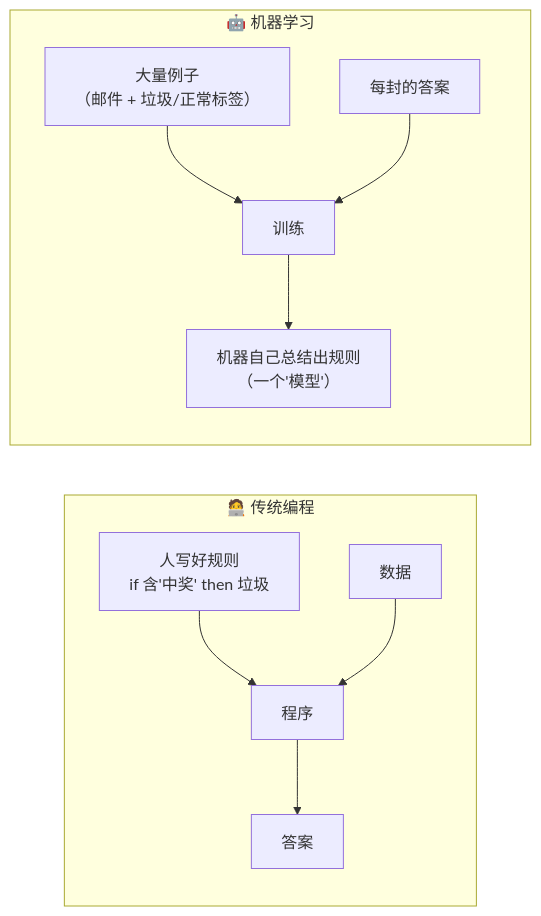
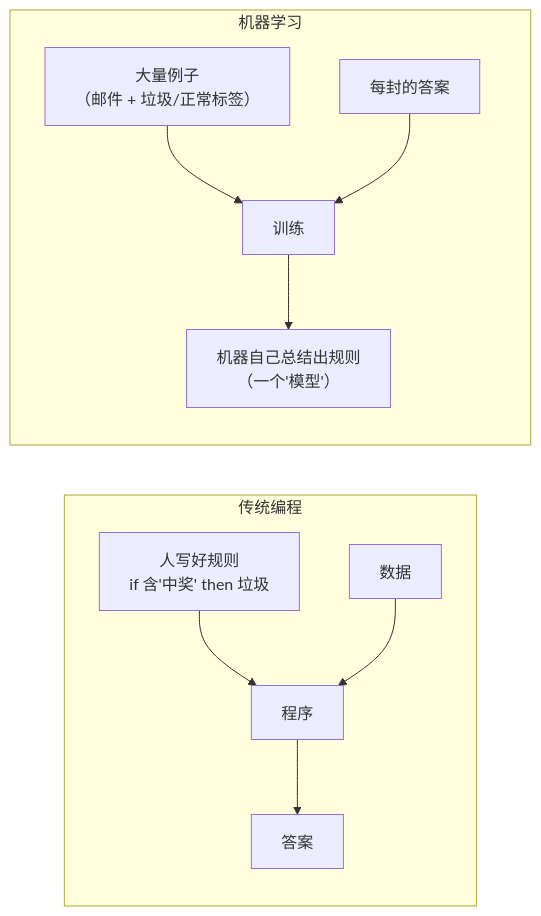
One commit to luckykhy/KhyAiHub changed the first of 6 diagrams in docs/02_CONCEPTS_概念入门/CONCEPT/[CONCEPT-12] 什么是机器学习-MachineLearning.md. Above: the diagram before and after it, drawn with Mermaid. The commit also changed other lines of this file and 19 other files, not shown here.

````diff
--- a/docs/02_CONCEPTS_概念入门/CONCEPT/[CONCEPT-12] 什么是机器学习-MachineLearning.md
+++ b/docs/02_CONCEPTS_概念入门/CONCEPT/[CONCEPT-12] 什么是机器学习-MachineLearning.md
@@ -40,13 +40,13 @@
 ```mermaid
 flowchart LR
-  subgraph 传统["🧑‍💻 传统编程"]
+  subgraph 传统["传统编程"]
     R["人写好规则<br/>if 含'中奖' then 垃圾"] --> P1["程序"]
     D1["数据"] --> P1
     P1 --> A1["答案"]
   end
-  subgraph ML["🤖 机器学习"]
+  subgraph ML["机器学习"]
     D2["大量例子<br/>（邮件 + 垃圾/正常标签）"] --> T["训练"]
     A2["每封的答案"] --> T
     T --> R2["机器自己总结出规则<br/>（一个'模型'）"]
   end
 ```
````
